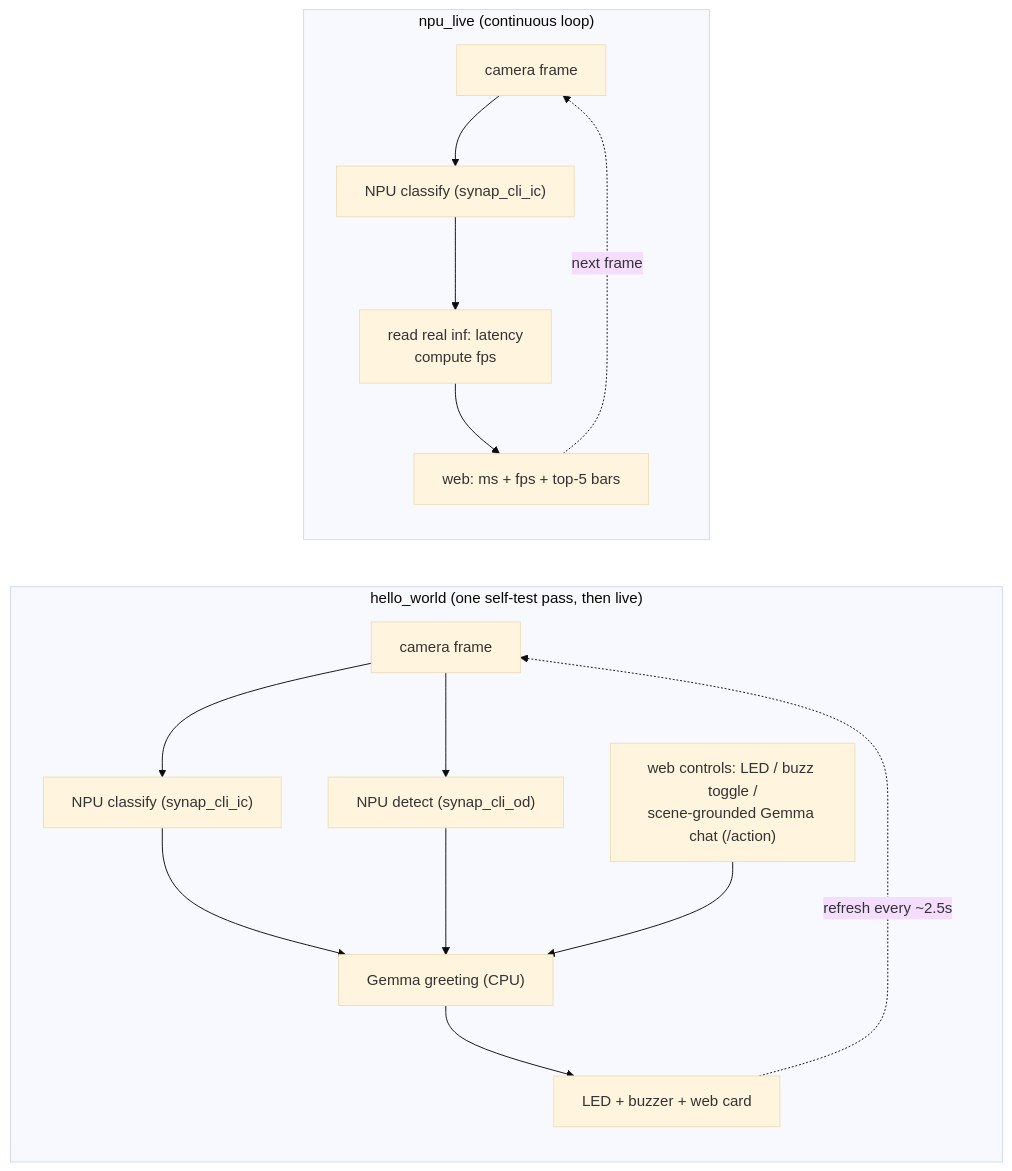
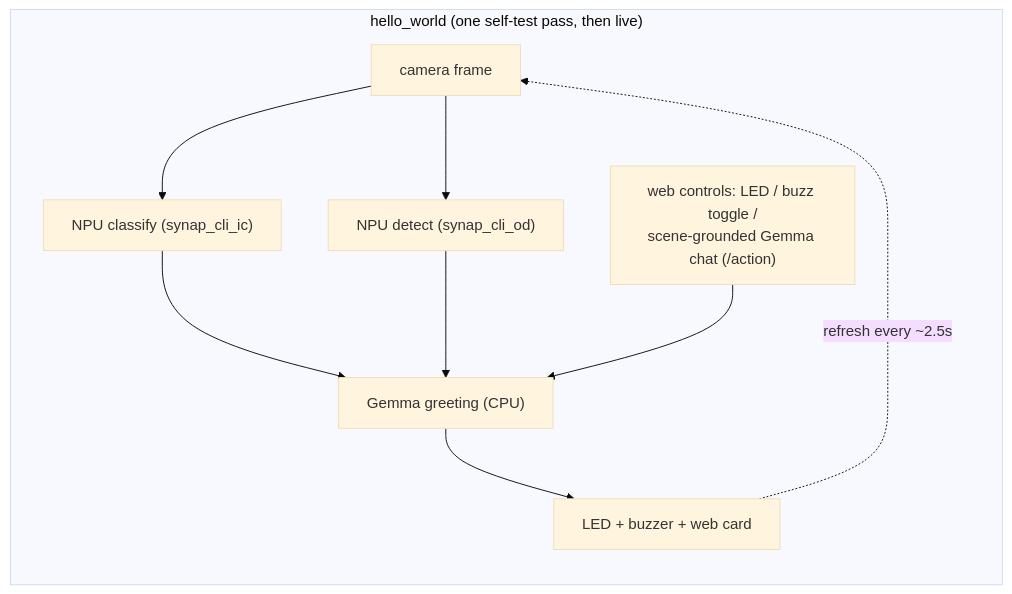
Before and after one commit to ykro/coralboard-demos: the second of 2 diagrams in README.md, drawn with Mermaid (base theme). The commit also changed other lines of this file and 17 other files, not shown here.

First line of the commit message:
Remove npu_live and npu_chat demos; keep shared/torq_gemma as reusable Torq NPU-LLM runtime

````diff
--- a/README.md
+++ b/README.md
@@ -54,19 +52,12 @@
 ```mermaid
 flowchart LR
   subgraph H["hello_world (one self-test pass, then live)"]
     direction TB
     h1["camera frame"] --> h2["NPU classify (synap_cli_ic)"]
     h1 --> h3["NPU detect (synap_cli_od)"]
     h2 & h3 --> h4["Gemma greeting (CPU)"]
     h4 --> h5["LED + buzzer + web card"]
     h5 -. "refresh every ~2.5s" .-> h1
     web1["web controls: LED / buzz toggle /<br/>scene-grounded Gemma chat (/action)"] --> h4
   end
-  subgraph N["npu_live (continuous loop)"]
-    direction TB
-    n1["camera frame"] --> n2["NPU classify (synap_cli_ic)"]
-    n2 --> n3["read real inf: latency<br/>compute fps"]
-    n3 --> n4["web: ms + fps + top-5 bars"]
-    n4 -. "next frame" .-> n1
-  end
 ```
````
